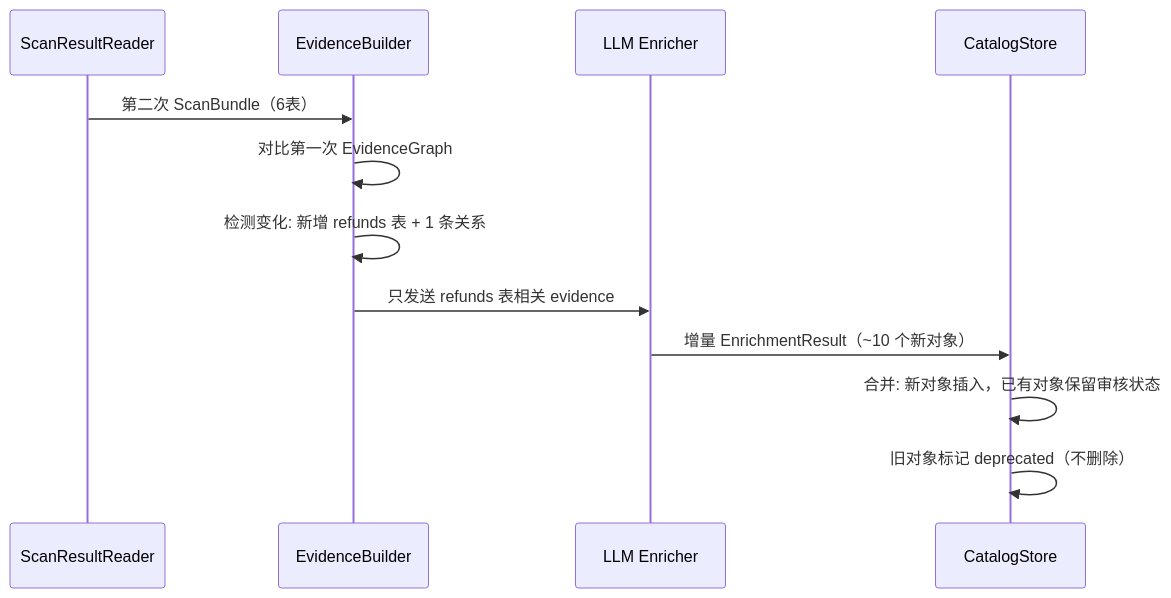
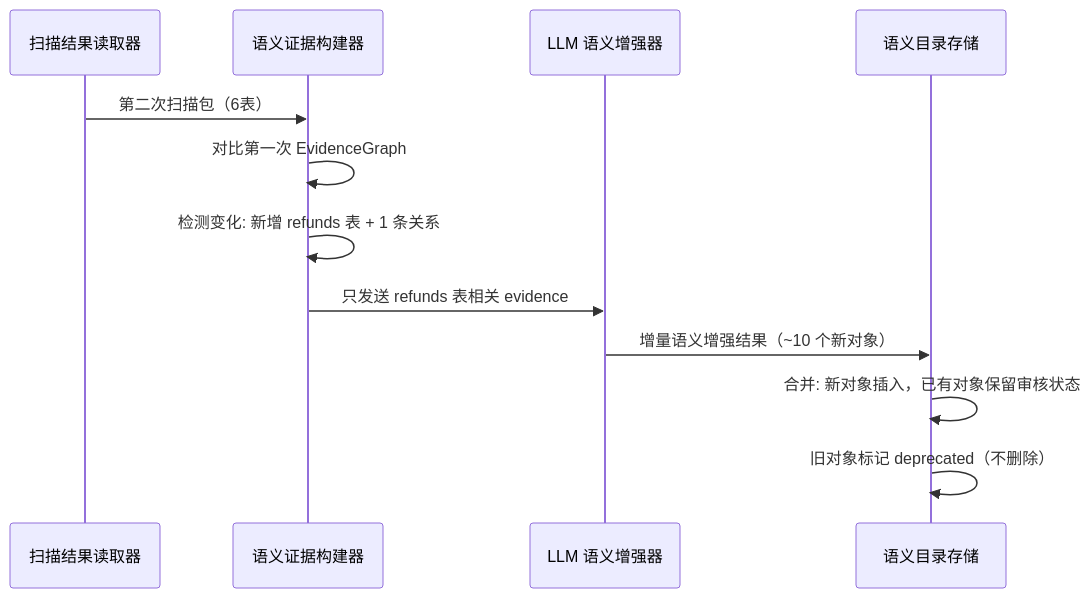
Before and after one commit to xiaoguang/relation-detector: the fifth of 6 diagrams in docs/design/semantic-layer/end-to-end-examples.md, drawn with Mermaid. The commit also changed other lines of this file and 14 other files, not shown here.

````diff
--- a/docs/design/semantic-layer/end-to-end-examples.md
+++ b/docs/design/semantic-layer/end-to-end-examples.md
@@ -614,15 +694,15 @@
 ```mermaid
 sequenceDiagram
-    participant SR as ScanResultReader
-    participant EB as EvidenceBuilder
-    participant LLM as LLM Enricher
-    participant CS as CatalogStore
+    participant SR as 扫描结果读取器
+    participant EB as 语义证据构建器
+    participant LLM as LLM 语义增强器
+    participant CS as 语义目录存储
 
-    SR->>EB: 第二次 ScanBundle（6表）
+    SR->>EB: 第二次扫描包（6表）
     EB->>EB: 对比第一次 EvidenceGraph
     EB->>EB: 检测变化: 新增 refunds 表 + 1 条关系
     EB->>LLM: 只发送 refunds 表相关 evidence
-    LLM->>CS: 增量 EnrichmentResult（~10 个新对象）
+    LLM->>CS: 增量语义增强结果（~10 个新对象）
     CS->>CS: 合并: 新对象插入，已有对象保留审核状态
     CS->>CS: 旧对象标记 deprecated（不删除）
 ```
````
